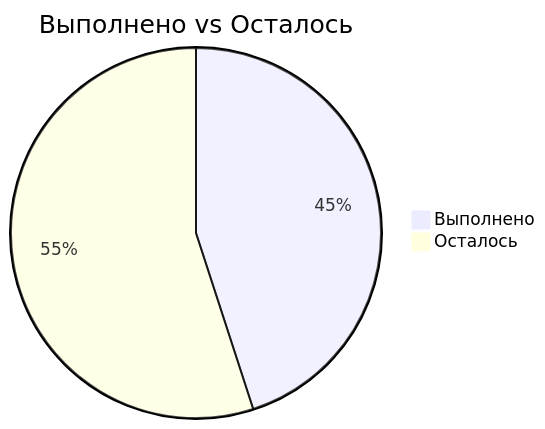
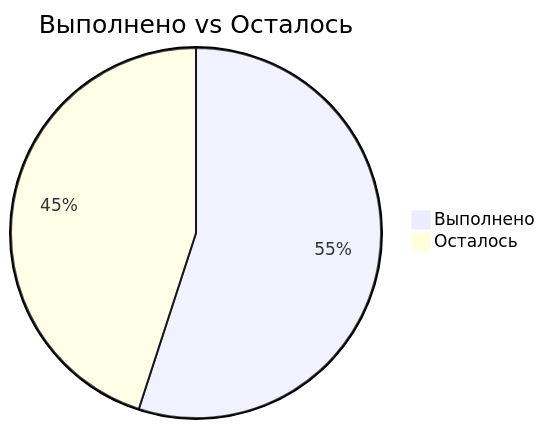
Before and after one commit to zubkovfpk/hydromet_bulletin: the second of 2 diagrams in docs/project_progress.md, drawn with Mermaid. The commit also changed other lines of this file, not shown here.

````diff
--- a/docs/project_progress.md
+++ b/docs/project_progress.md
@@ -54,6 +58,6 @@
 ```mermaid
 pie
     title Выполнено vs Осталось
-    "Выполнено" : 45
-    "Осталось"  : 55
+    "Выполнено" : 55
+    "Осталось"  : 45
 ```
````
